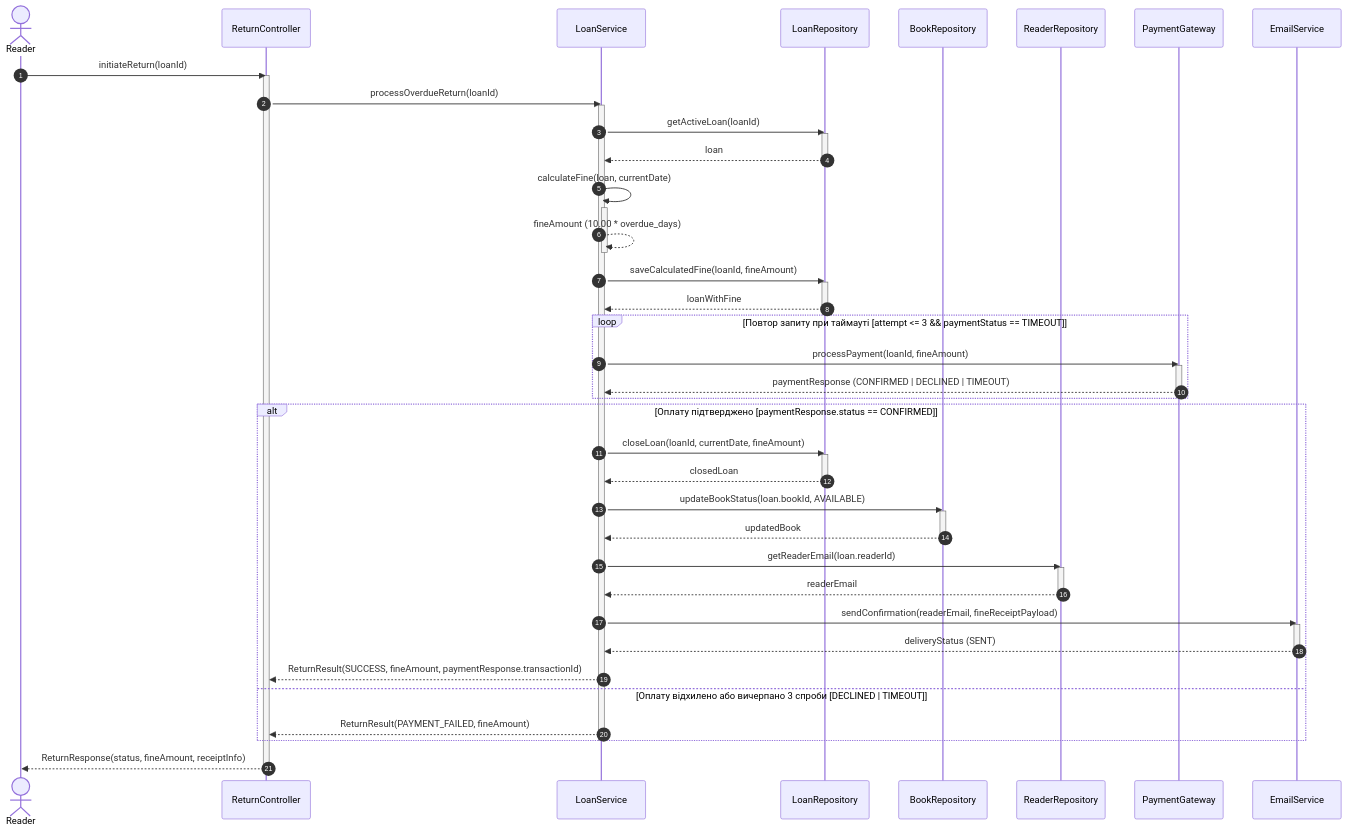
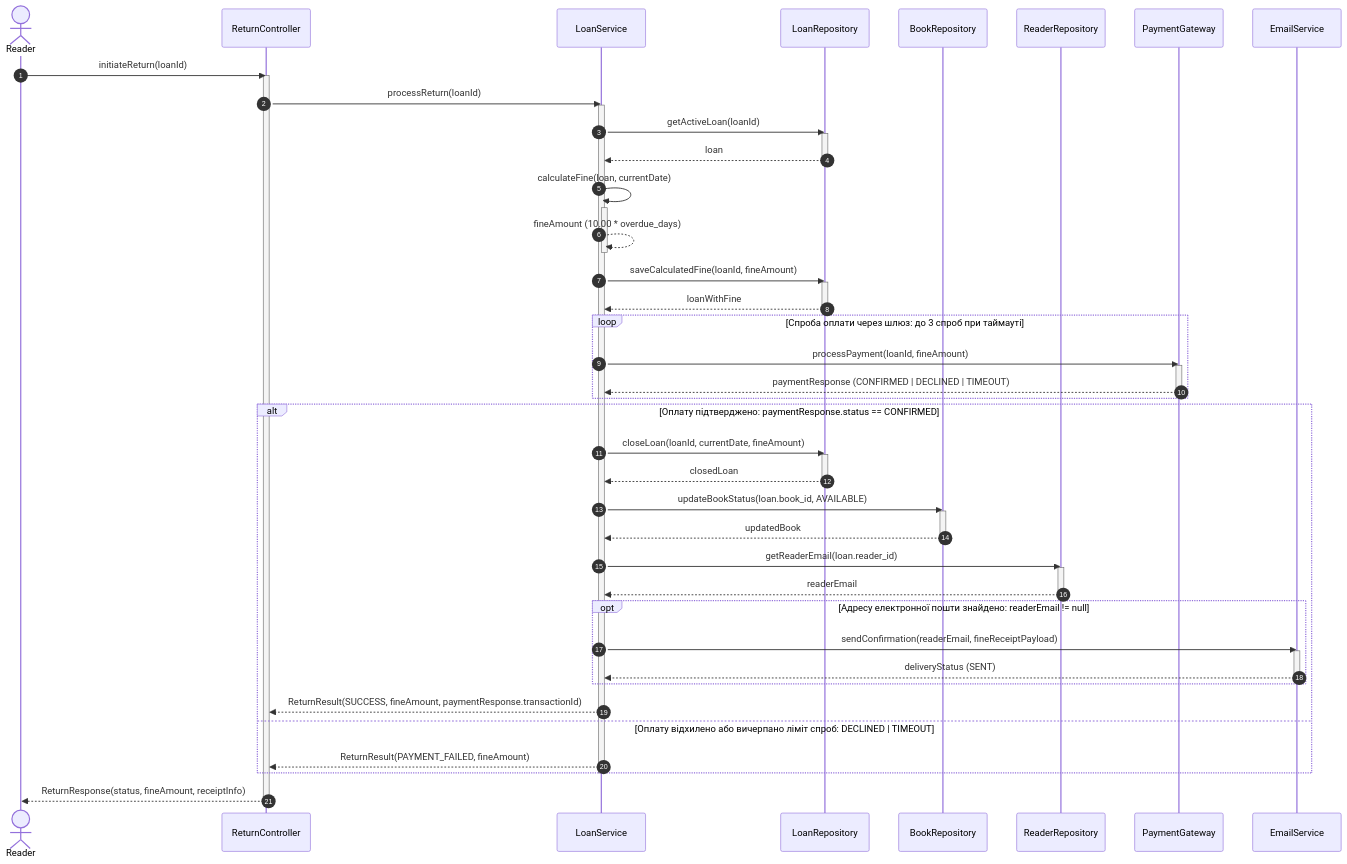
The second of 3 diagrams in Lab3/diagrams.md (Fitil4ik/Library-system), drawn with Mermaid before and after one commit. The commit also changed other lines of this file and 1 other file, not shown here.

Commit message:
update diagram according to prompt-2

````diff
--- a/Lab3/diagrams.md
+++ b/Lab3/diagrams.md
@@ -88,70 +85,72 @@
 ```mermaid
 sequenceDiagram
     autonumber
     actor Reader
     participant ReturnController
     participant LoanService
     participant LoanRepository
     participant BookRepository
     participant ReaderRepository
     participant PaymentGateway
     participant EmailService
 
     Reader->>ReturnController: initiateReturn(loanId)
     activate ReturnController
 
-    ReturnController->>LoanService: processOverdueReturn(loanId)
+    ReturnController->>LoanService: processReturn(loanId)
     activate LoanService
 
     LoanService->>LoanRepository: getActiveLoan(loanId)
     activate LoanRepository
     LoanRepository-->>LoanService: loan
     deactivate LoanRepository
 
     LoanService->>LoanService: calculateFine(loan, currentDate)
     activate LoanService
     LoanService-->>LoanService: fineAmount (10.00 * overdue_days)
     deactivate LoanService
 
     LoanService->>LoanRepository: saveCalculatedFine(loanId, fineAmount)
     activate LoanRepository
     LoanRepository-->>LoanService: loanWithFine
     deactivate LoanRepository
 
-    loop Повтор запиту при таймауті [attempt <= 3 && paymentStatus == TIMEOUT]
+    loop Спроба оплати через шлюз: до 3 спроб при таймауті
         LoanService->>PaymentGateway: processPayment(loanId, fineAmount)
         activate PaymentGateway
         PaymentGateway-->>LoanService: paymentResponse (CONFIRMED | DECLINED | TIMEOUT)
         deactivate PaymentGateway
     end
 
-    alt Оплату підтверджено [paymentResponse.status == CONFIRMED]
+    alt Оплату підтверджено: paymentResponse.status == CONFIRMED
         LoanService->>LoanRepository: closeLoan(loanId, currentDate, fineAmount)
         activate LoanRepository
         LoanRepository-->>LoanService: closedLoan
         deactivate LoanRepository
 
-        LoanService->>BookRepository: updateBookStatus(loan.bookId, AVAILABLE)
+        LoanService->>BookRepository: updateBookStatus(loan.book_id, AVAILABLE)
         activate BookRepository
         BookRepository-->>LoanService: updatedBook
         deactivate BookRepository
 
-        LoanService->>ReaderRepository: getReaderEmail(loan.readerId)
+        LoanService->>ReaderRepository: getReaderEmail(loan.reader_id)
         activate ReaderRepository
         ReaderRepository-->>LoanService: readerEmail
         deactivate ReaderRepository
 
-        LoanService->>EmailService: sendConfirmation(readerEmail, fineReceiptPayload)
-        activate EmailService
-        EmailService-->>LoanService: deliveryStatus (SENT)
-        deactivate EmailService
+        opt Адресу електронної пошти знайдено: readerEmail != null
+            LoanService->>EmailService: sendConfirmation(readerEmail, fineReceiptPayload)
+            activate EmailService
+            EmailService-->>LoanService: deliveryStatus (SENT)
+            deactivate EmailService
+        end
 
         LoanService-->>ReturnController: ReturnResult(SUCCESS, fineAmount, paymentResponse.transactionId)
-    else Оплату відхилено або вичерпано 3 спроби [DECLINED | TIMEOUT]
+    else Оплату відхилено або вичерпано ліміт спроб: DECLINED | TIMEOUT
         LoanService-->>ReturnController: ReturnResult(PAYMENT_FAILED, fineAmount)
     end
 
     deactivate LoanService
     ReturnController-->>Reader: ReturnResponse(status, fineAmount, receiptInfo)
     deactivate ReturnController
 ```
````
